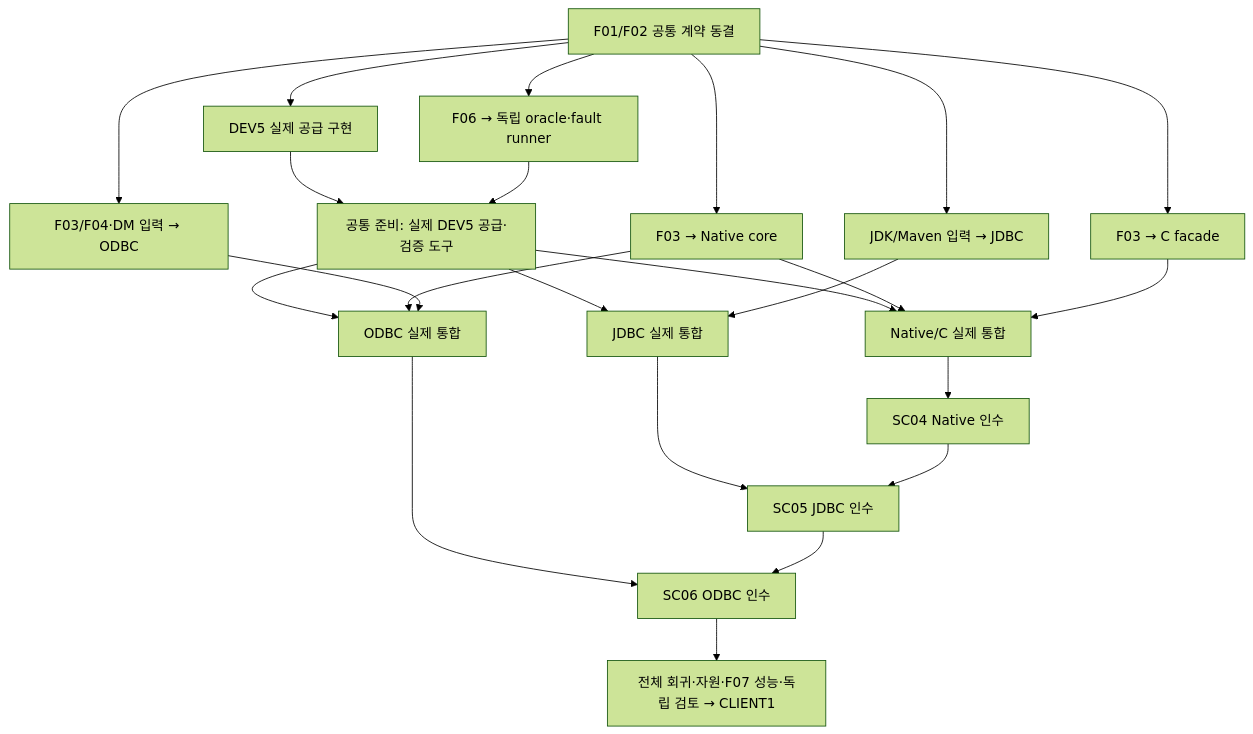
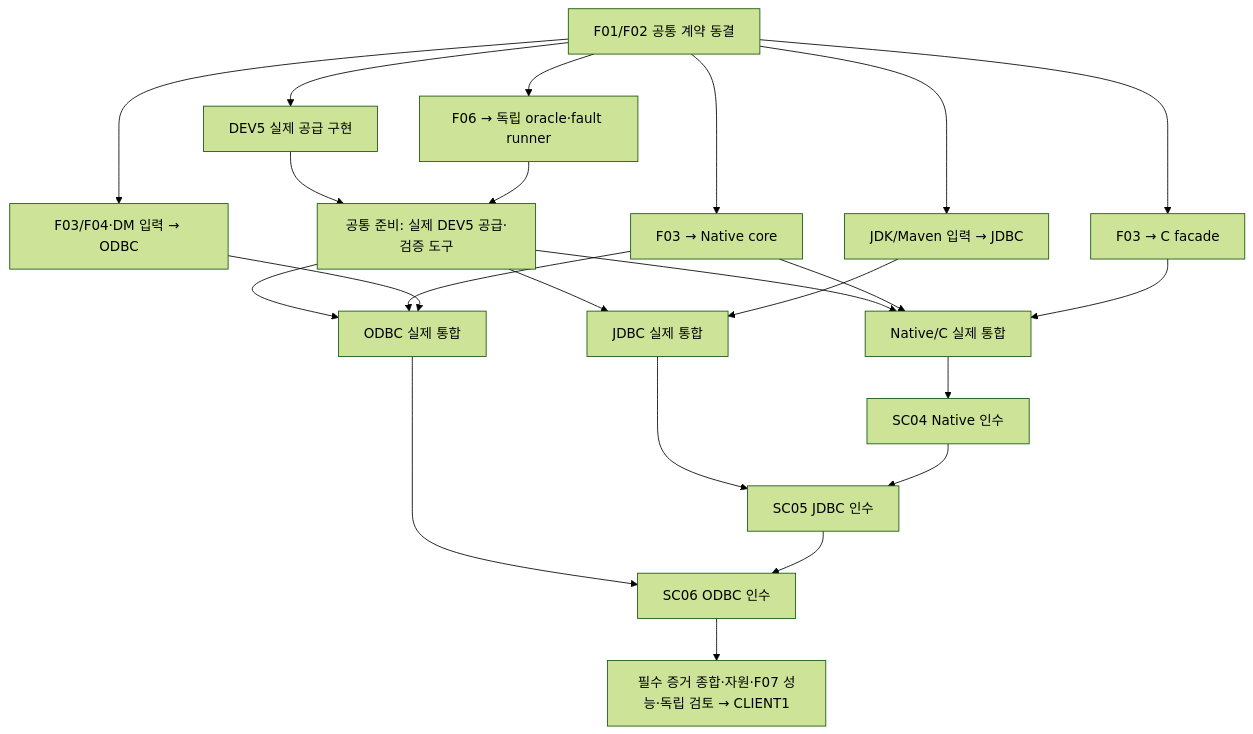
The diagram in devdoc/plans/dev6-implementation-plan.md (et16kr/xadb), drawn with Mermaid (forest theme) before and after one commit. The commit also changed other lines of this file and 10 other files, not shown here.

````diff
--- a/devdoc/plans/dev6-implementation-plan.md
+++ b/devdoc/plans/dev6-implementation-plan.md
@@ -67,25 +71,25 @@
 ```mermaid
 flowchart TD
     G["F01/F02 공통 계약 동결"] --> S["DEV5 실제 공급 구현"]
     G --> N["F03 → Native core"]
     G --> F["F03 → C facade"]
     G --> J["JDK/Maven 입력 → JDBC"]
     G --> O["F03/F04·DM 입력 → ODBC"]
     G --> V["F06 → 독립 oracle·fault runner"]
     S --> A["공통 준비: 실제 DEV5 공급·검증 도구"]
     V --> A
     A --> NI["Native/C 실제 통합"]
     A --> JI["JDBC 실제 통합"]
     A --> OI["ODBC 실제 통합"]
     N --> NI
     F --> NI
     J --> JI
     N --> OI
     O --> OI
     NI --> C4["SC04 Native 인수"]
     JI --> C5["SC05 JDBC 인수"]
     OI --> C6["SC06 ODBC 인수"]
     C4 --> C5["SC05 JDBC 인수"]
     C5 --> C6["SC06 ODBC 인수"]
-    C6 --> E["전체 회귀·자원·F07 성능·독립 검토 → CLIENT1"]
+    C6 --> E["필수 증거 종합·자원·F07 성능·독립 검토 → CLIENT1"]
 ```
````
